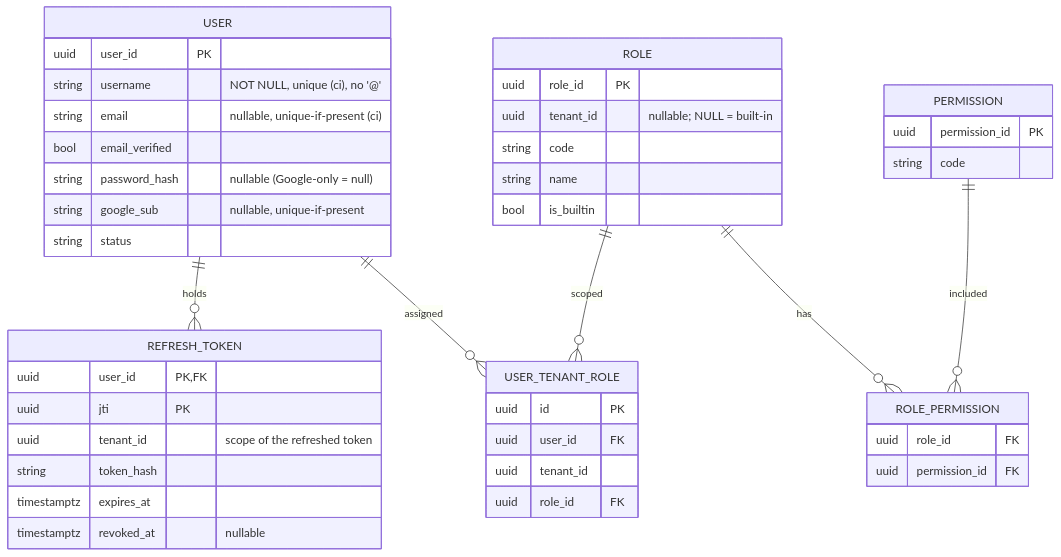
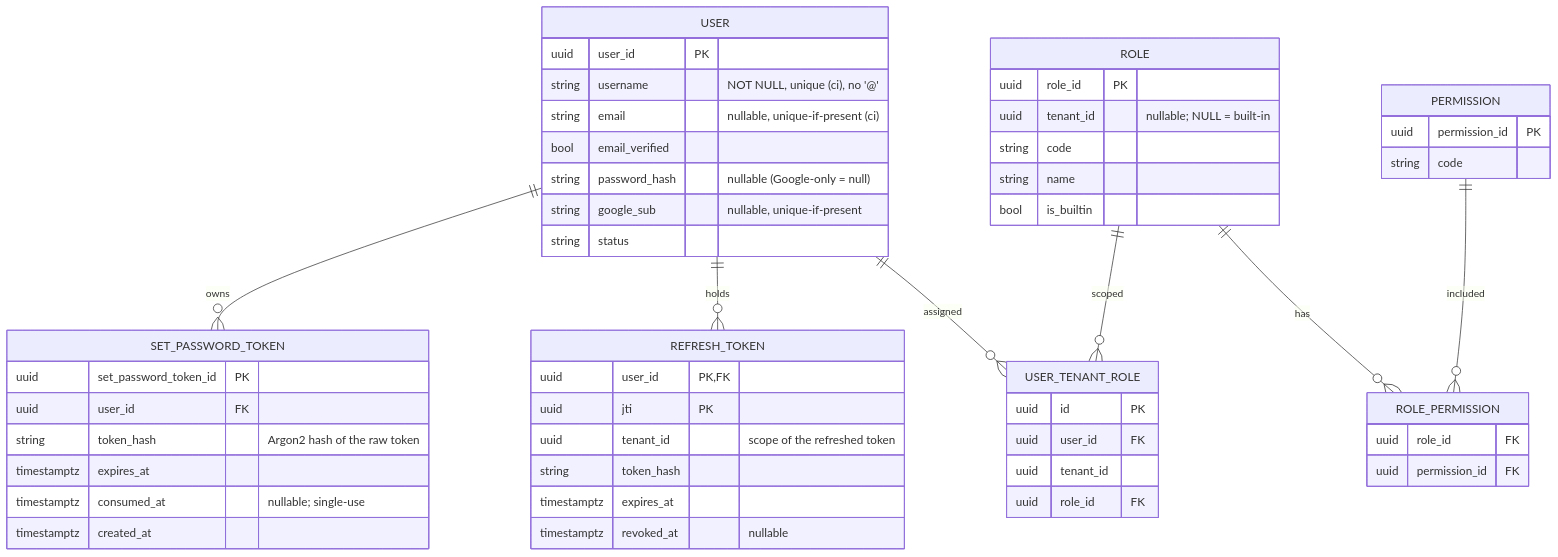
The diagram in docs/internal/10_data_design/01_IAM_Service_ERD.md (protocyber/akademiq), drawn with Mermaid before and after one commit. The commit also changed other lines of this file and 3 other files, not shown here.

First line of the commit message:
docs: IAM ERD set-password token, auth API contracts, mark openspec tasks done

````diff
--- a/docs/internal/10_data_design/01_IAM_Service_ERD.md
+++ b/docs/internal/10_data_design/01_IAM_Service_ERD.md
@@ -3,52 +3,62 @@
 ```mermaid
 erDiagram
 USER {
   uuid user_id PK
   string username "NOT NULL, unique (ci), no '@'"
   string email "nullable, unique-if-present (ci)"
   bool email_verified
   string password_hash "nullable (Google-only = null)"
   string google_sub "nullable, unique-if-present"
   string status
 }
 
 ROLE {
   uuid role_id PK
   uuid tenant_id "nullable; NULL = built-in"
   string code
   string name
   bool is_builtin
 }
 
 PERMISSION {
   uuid permission_id PK
   string code
 }
 
 ROLE_PERMISSION {
   uuid role_id FK
   uuid permission_id FK
 }
 
 USER_TENANT_ROLE {
   uuid id PK
   uuid user_id FK
   uuid tenant_id
   uuid role_id FK
 }
 
 REFRESH_TOKEN {
   uuid user_id PK,FK
   uuid jti PK
   uuid tenant_id "scope of the refreshed token"
   string token_hash
   timestamptz expires_at
   timestamptz revoked_at "nullable"
 }
 
+SET_PASSWORD_TOKEN {
+  uuid set_password_token_id PK
+  uuid user_id FK
+  string token_hash "Argon2 hash of the raw token"
+  timestamptz expires_at
+  timestamptz consumed_at "nullable; single-use"
+  timestamptz created_at
+}
+
 ROLE ||--o{ ROLE_PERMISSION : has
 PERMISSION ||--o{ ROLE_PERMISSION : included
 USER ||--o{ USER_TENANT_ROLE : assigned
 ROLE ||--o{ USER_TENANT_ROLE : scoped
 USER ||--o{ REFRESH_TOKEN : holds
+USER ||--o{ SET_PASSWORD_TOKEN : owns
 ```
````
